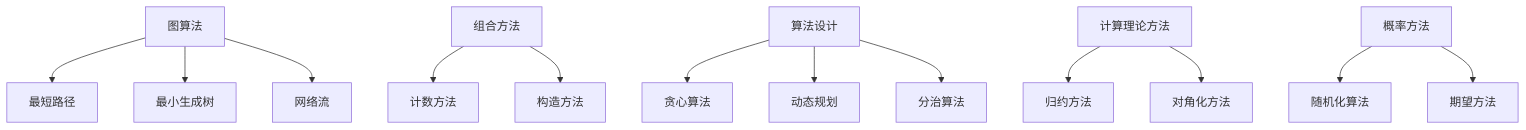
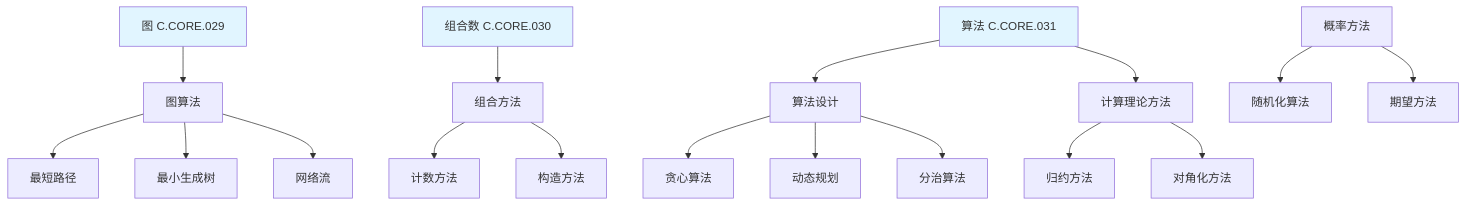
One commit to AdaMartin18010/FormalMath changed diagram 13 of 13 in concept/05-知识关联网络/03-方法级关联网络.md. Above: the diagram before and after it, drawn with Mermaid. The commit also changed other lines of this file and 45 other files, not shown here.

````diff
--- a/concept/05-知识关联网络/03-方法级关联网络.md
+++ b/concept/05-知识关联网络/03-方法级关联网络.md
@@ -501,15 +505,23 @@
 ```mermaid
 graph TD
     A[图算法] --> B[最短路径]
     A --> C[最小生成树]
     A --> D[网络流]
     E[组合方法] --> F[计数方法]
     E --> G[构造方法]
     H[算法设计] --> I[贪心算法]
     H --> J[动态规划]
     H --> K[分治算法]
     L[计算理论方法] --> M[归约方法]
     L --> N[对角化方法]
     O[概率方法] --> P[随机化算法]
     O --> Q[期望方法]
+    R[图 C.CORE.029] --> A
+    S[组合数 C.CORE.030] --> E
+    T[算法 C.CORE.031] --> H
+    T --> L
+
+    style R fill:#e1f5ff
+    style S fill:#e1f5ff
+    style T fill:#e1f5ff
 ```
````
